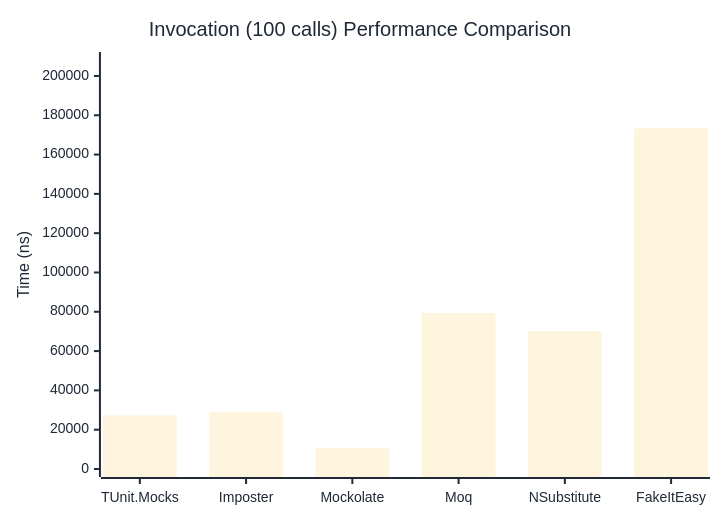
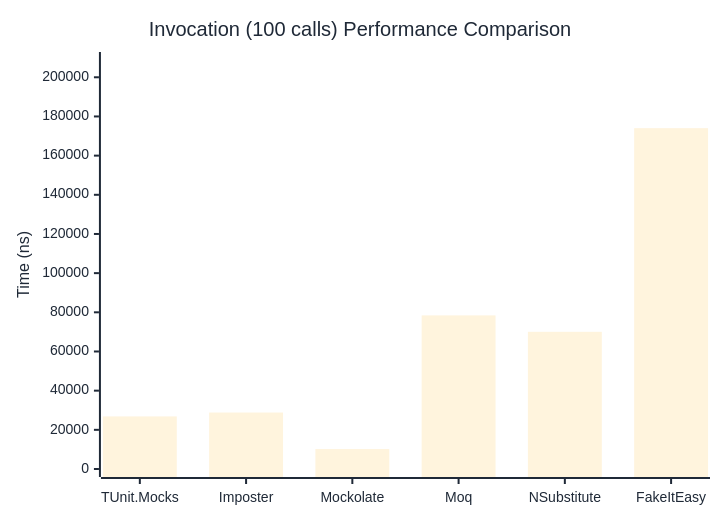
The third of 3 diagrams in docs/docs/benchmarks/mocks/Invocation.md (thomhurst/TUnit), drawn with Mermaid before and after one commit. The commit also changed other lines of this file and 14 other files, not shown here.

````diff
--- a/docs/docs/benchmarks/mocks/Invocation.md
+++ b/docs/docs/benchmarks/mocks/Invocation.md
@@ -112,27 +112,27 @@
 ```mermaid
 %%{init: {
   'theme':'base',
   'themeVariables': {
     'primaryColor': '#2563eb',
     'primaryTextColor': '#1f2937',
     'primaryBorderColor': '#1e40af',
     'lineColor': '#6b7280',
     'secondaryColor': '#7c3aed',
     'tertiaryColor': '#dc2626',
     'background': '#ffffff',
     'pie1': '#2563eb',
     'pie2': '#7c3aed',
     'pie3': '#dc2626',
     'pie4': '#f59e0b',
     'pie5': '#10b981',
     'pie6': '#06b6d4',
     'pie7': '#ec4899',
     'pie8': '#6366f1'
   }
 }}%%
 xychart-beta
   title "Invocation (100 calls) Performance Comparison"
   x-axis ["TUnit.Mocks", "Imposter", "Mockolate", "Moq", "NSubstitute", "FakeItEasy"]
-  y-axis "Time (ns)" 0 --> 208117
-  bar [27240.28, 29050.4, 10561.82, 79428.5, 70130.53, 173430.43]
+  y-axis "Time (ns)" 0 --> 208823
+  bar [26851.62, 28832.42, 10184.5, 78426.76, 70037.52, 174019.15]
 ```
````
